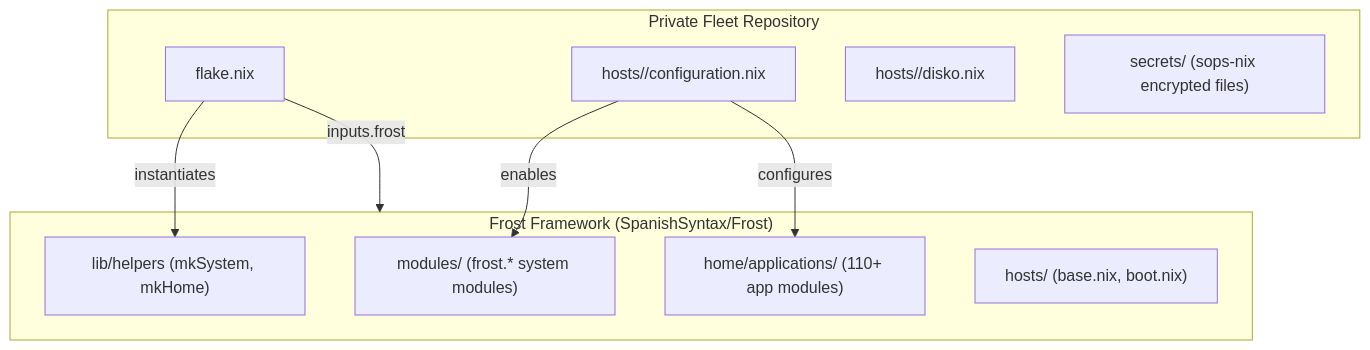
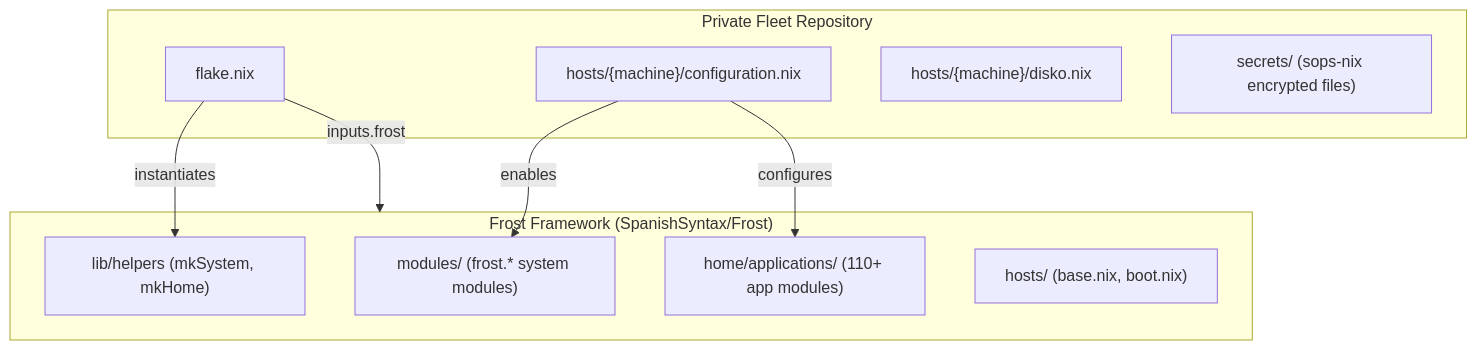
The first of 3 diagrams in docs/architecture.md (SpanishSyntax/Frost), drawn with Mermaid before and after one commit. The commit also changed other lines of this file and 1 other file, not shown here.

Commit message:
fix(docs): use safe DOM textContent Mermaid rendering and sanitize diagram labels

````diff
--- a/docs/architecture.md
+++ b/docs/architecture.md
@@ -23,21 +23,21 @@
 ```mermaid
 graph TD
     subgraph Frost["Frost Framework (SpanishSyntax/Frost)"]
         Modules["modules/ (frost.* system modules)"]
         HomeApps["home/applications/ (110+ app modules)"]
         LibHelpers["lib/helpers (mkSystem, mkHome)"]
         BaseHosts["hosts/ (base.nix, boot.nix)"]
     end
 
     subgraph Fleet["Private Fleet Repository"]
         Flake["flake.nix"]
-        PrivateHosts["hosts/<machine>/configuration.nix"]
-        PrivateDisko["hosts/<machine>/disko.nix"]
+        PrivateHosts["hosts/{machine}/configuration.nix"]
+        PrivateDisko["hosts/{machine}/disko.nix"]
         PrivateSecrets["secrets/ (sops-nix encrypted files)"]
     end
 
     Flake -->|inputs.frost| Frost
     PrivateHosts -->|enables| Modules
     PrivateHosts -->|configures| HomeApps
     Flake -->|instantiates| LibHelpers
 ```
````
